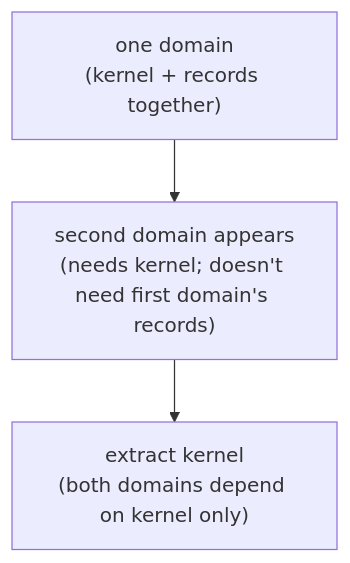
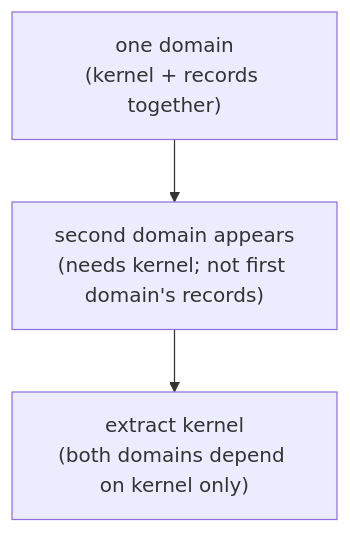
The second of 4 diagrams in skills/contract-repo.md (LiGoldragon/primary), drawn with Mermaid before and after one commit. The commit also changed other lines of this file and 64 other files, not shown here.

````diff
--- a/skills/contract-repo.md
+++ b/skills/contract-repo.md
@@ -667,8 +437,7 @@
 ```mermaid
 flowchart TB
     one["one domain<br/>(kernel + records together)"]
-    two["second domain appears<br/>(needs kernel; doesn't need first domain's records)"]
+    two["second domain appears<br/>(needs kernel; not first domain's records)"]
     extract["extract kernel<br/>(both domains depend on kernel only)"]
-
     one --> two --> extract
 ```
````
